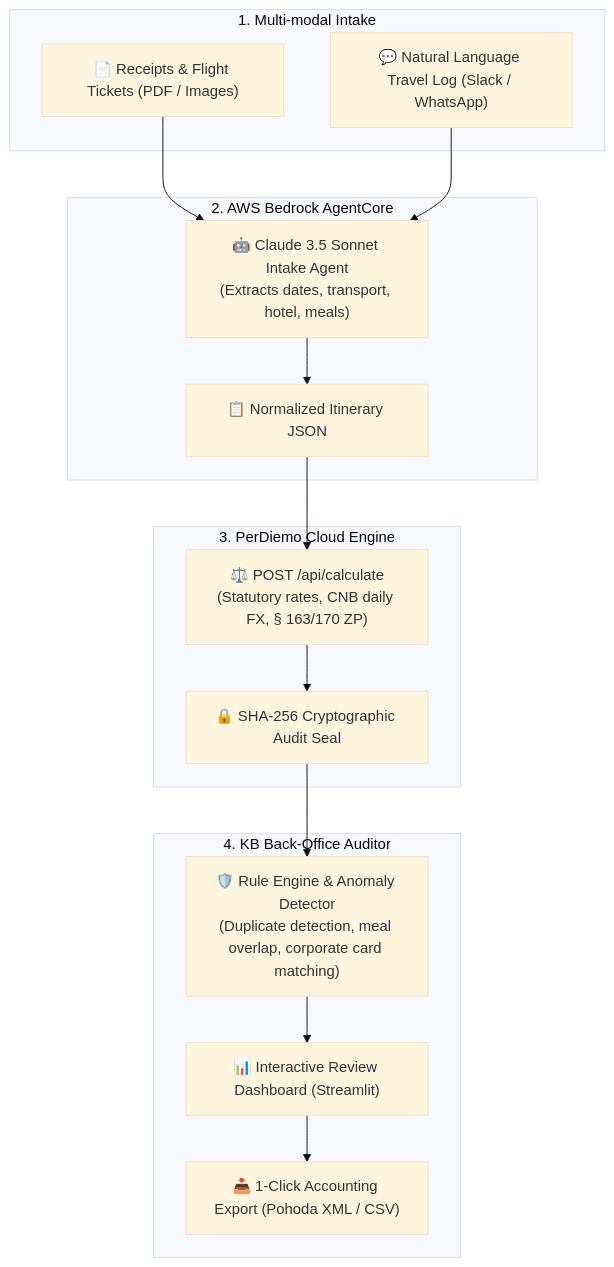
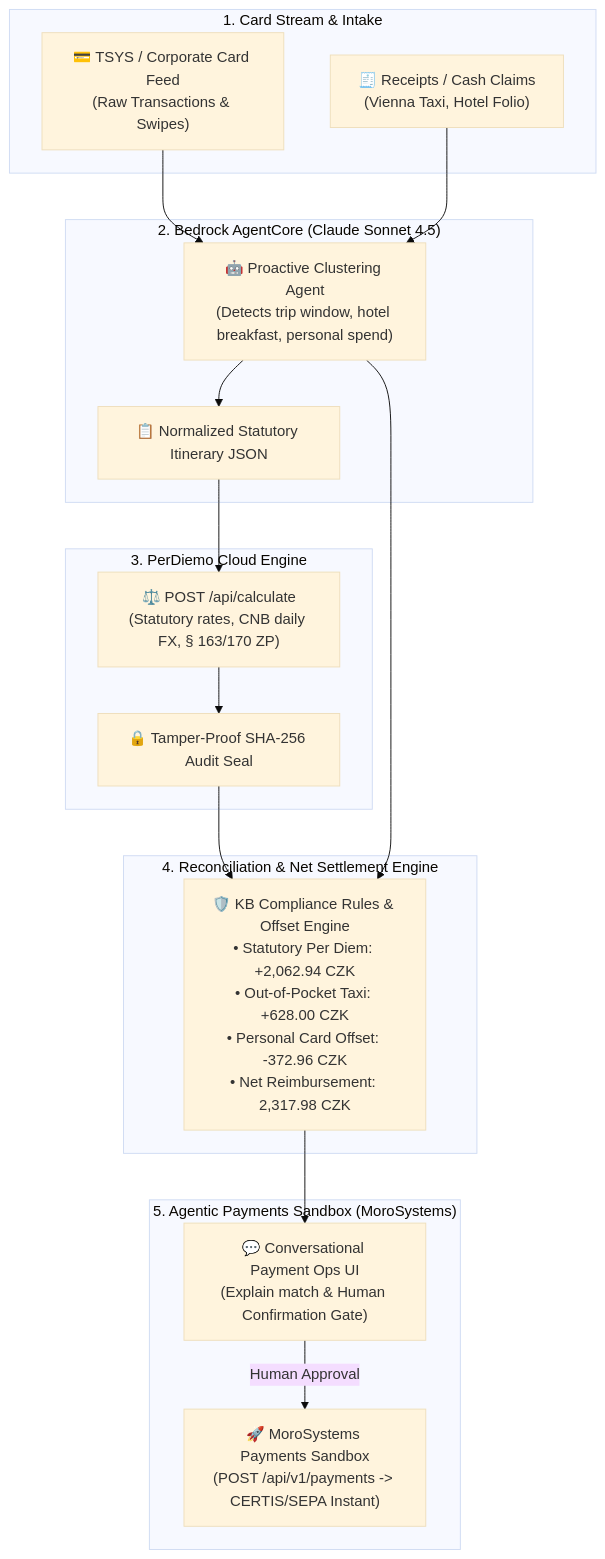
The diagram in README.md (dataquo/perdiemo-fintechers-hackathon-2026), drawn with Mermaid (base theme) before and after one commit. The commit also changed other lines of this file and 8 other files, not shown here.

````diff
--- a/README.md
+++ b/README.md
@@ -34,32 +35,36 @@
 ```mermaid
 flowchart TD
-    subgraph INTAKE["1. Multi-modal Intake"]
-        A["📄 Receipts & Flight Tickets (PDF / Images)"]
-        B["💬 Natural Language Travel Log (Slack / WhatsApp)"]
+    subgraph INTAKE["1. Card Stream & Intake"]
+        A["💳 TSYS / Corporate Card Feed<br/>(Raw Transactions & Swipes)"]
+        B["🧾 Receipts / Cash Claims<br/>(Vienna Taxi, Hotel Folio)"]
     end
 
-    subgraph AGENT["2. AWS Bedrock AgentCore"]
-        C["🤖 Claude 3.5 Sonnet Intake Agent<br/>(Extracts dates, transport, hotel, meals)"]
-        D["📋 Normalized Itinerary JSON"]
+    subgraph AGENT["2. Bedrock AgentCore (Claude Sonnet 4.5)"]
+        C["🤖 Proactive Clustering Agent<br/>(Detects trip window, hotel breakfast, personal spend)"]
+        D["📋 Normalized Statutory Itinerary JSON"]
     end
 
     subgraph ENGINE["3. PerDiemo Cloud Engine"]
         E["⚖️ POST /api/calculate<br/>(Statutory rates, CNB daily FX, § 163/170 ZP)"]
-        F["🔒 SHA-256 Cryptographic Audit Seal"]
+        F["🔒 Tamper-Proof SHA-256 Audit Seal"]
     end
 
-    subgraph AUDIT["4. KB Back-Office Auditor"]
-        G["🛡️ Rule Engine & Anomaly Detector<br/>(Duplicate detection, meal overlap, corporate card matching)"]
-        H["📊 Interactive Review Dashboard (Streamlit)"]
-        I["📥 1-Click Accounting Export (Pohoda XML / CSV)"]
+    subgraph AUDIT["4. Reconciliation & Net Settlement Engine"]
+        G["🛡️ KB Compliance Rules & Offset Engine<br/>• Statutory Per Diem: +2,062.94 CZK<br/>• Out-of-Pocket Taxi: +628.00 CZK<br/>• Personal Card Offset: -372.96 CZK<br/>• Net Reimbursement: 2,317.98 CZK"]
+    end
+
+    subgraph MONEY["5. Agentic Payments Sandbox (MoroSystems)"]
+        H["💬 Conversational Payment Ops UI<br/>(Explain match & Human Confirmation Gate)"]
+        I["🚀 MoroSystems Payments Sandbox<br/>(POST /api/v1/payments -> CERTIS/SEPA Instant)"]
     end
 
     A --> C
     B --> C
     C --> D
     D --> E
     E --> F
     F --> G
+    C --> G
     G --> H
-    H --> I
+    H -->|Human Approval| I
 ```
````
